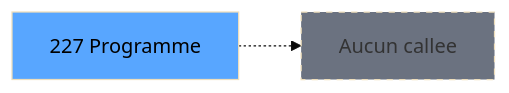
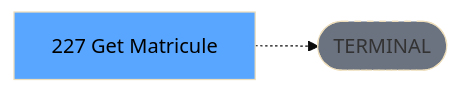
One commit to thonyAGP/lecteur-magic changed the third of 3 diagrams in .openspec/specs/ADH-IDE-227.md. Above: the diagram before and after it, drawn with Mermaid (base theme). The commit also changed other lines of this file and 701 other files, not shown here.

````diff
--- a/.openspec/specs/ADH-IDE-227.md
+++ b/.openspec/specs/ADH-IDE-227.md
@@ -139,8 +134,8 @@
 ```mermaid
 graph LR
-    T[227 Programme]
-    NONE[Aucun callee]
-    T -.-> NONE
+    T[227 Get Matricule]
+    TERM([TERMINAL])
+    T -.-> TERM
+    style TERM fill:#6b7280,stroke-dasharray: 5 5
     style T fill:#58a6ff,color:#000
-    style NONE fill:#6b7280,stroke-dasharray: 5 5
 ```
````
